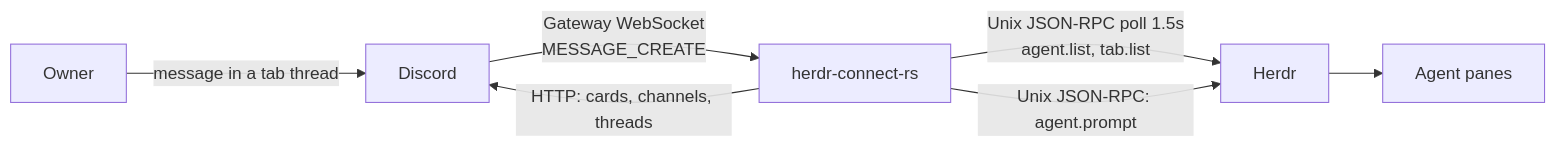
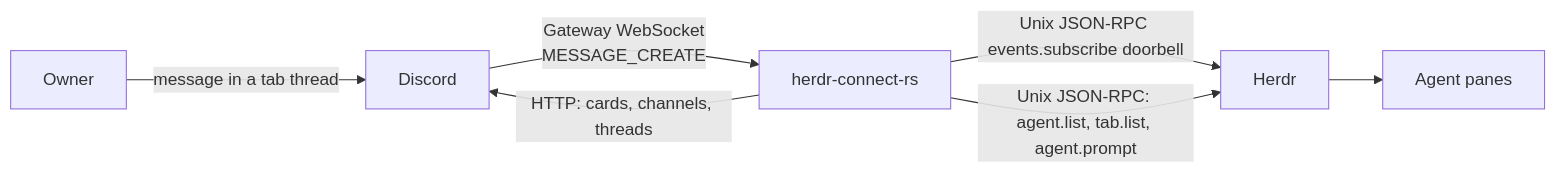
One commit to atreya2011/herdr-connect changed the diagram in README.md. Above: the diagram before and after it, drawn with Mermaid. The commit also changed other lines of this file and 6 other files, not shown here.

First line of the commit message:
feat: replace the herdr poll with event subscriptions

````diff
--- a/README.md
+++ b/README.md
@@ -9,15 +9,15 @@
 ```mermaid
 flowchart LR
   owner[Owner]
   discord[Discord]
   bridge[herdr-connect-rs]
   herdr[Herdr]
   panes[Agent panes]
 
   owner -->|message in a tab thread| discord
   discord -->|"Gateway WebSocket<br/>MESSAGE_CREATE"| bridge
   bridge -->|HTTP: cards, channels, threads| discord
-  bridge -->|"Unix JSON-RPC poll 1.5s<br/>agent.list, tab.list"| herdr
-  bridge -->|Unix JSON-RPC: agent.prompt| herdr
+  bridge -->|"Unix JSON-RPC events.subscribe doorbell"| herdr
+  bridge -->|"Unix JSON-RPC: agent.list, tab.list, agent.prompt"| herdr
   herdr --> panes
 ```
````
